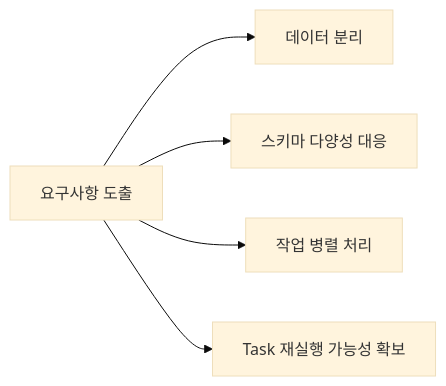
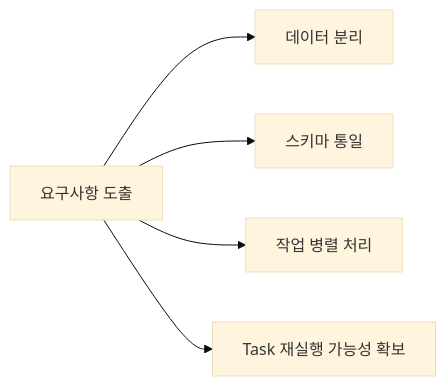
Before and after one commit to yeokyeong-yoon/yeokyeong-yoon.github.io: the second of 5 diagrams in _posts/2025-03-15-etl-pipeline.md, drawn with Mermaid. The commit also changed other lines of this file, not shown here.

````diff
--- a/_posts/2025-03-15-etl-pipeline.md
+++ b/_posts/2025-03-15-etl-pipeline.md
@@ -47,8 +47,8 @@
 ```mermaid
 %%{init: {'theme': 'base', 'themeVariables': { 'fontSize': '16px'}}}%%
 graph LR
     A[요구사항 도출] --> B[데이터 분리]
-    A --> C[스키마 다양성 대응]
+    A --> C[스키마 통일]
     A --> D[작업 병렬 처리]
     A --> E[Task 재실행 가능성 확보]
 ```
````
